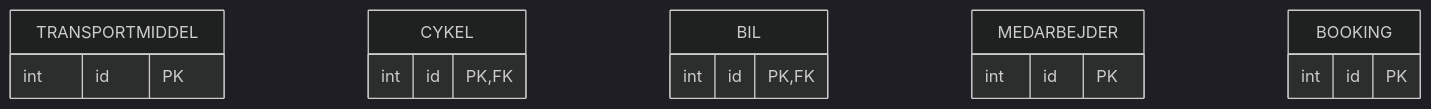
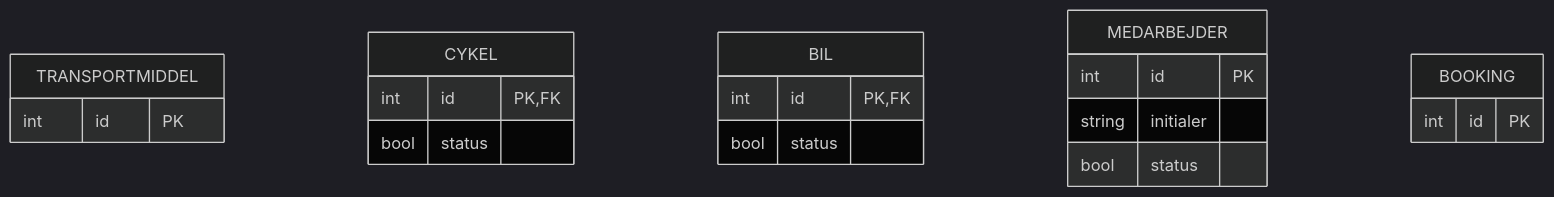
Before and after one commit to Anmi9/2.SemesterEksamensprojekt: the diagram in docs/notes/Logisk model - database.md, drawn with Mermaid (dark theme).

Commit message:
docs(avm): Skrive logiskmodel-note

````diff
--- a/docs/notes/Logisk model - database.md
+++ b/docs/notes/Logisk model - database.md
@@ -8,26 +8,28 @@
 ```mermaid
 erDiagram
     TRANSPORTMIDDEL{
     int id PK
     }
     
     CYKEL{
     int id PK, FK
-     
+    bool status 
     }
     
     BIL{
     int id PK, FK
-    
+    bool status
     }
     
     MEDARBEJDER{
     int id PK
-    
+    string initialer 
+    bool status 
     }
     
     BOOKING{
     int id PK
+    
     }
     
 ```
````
